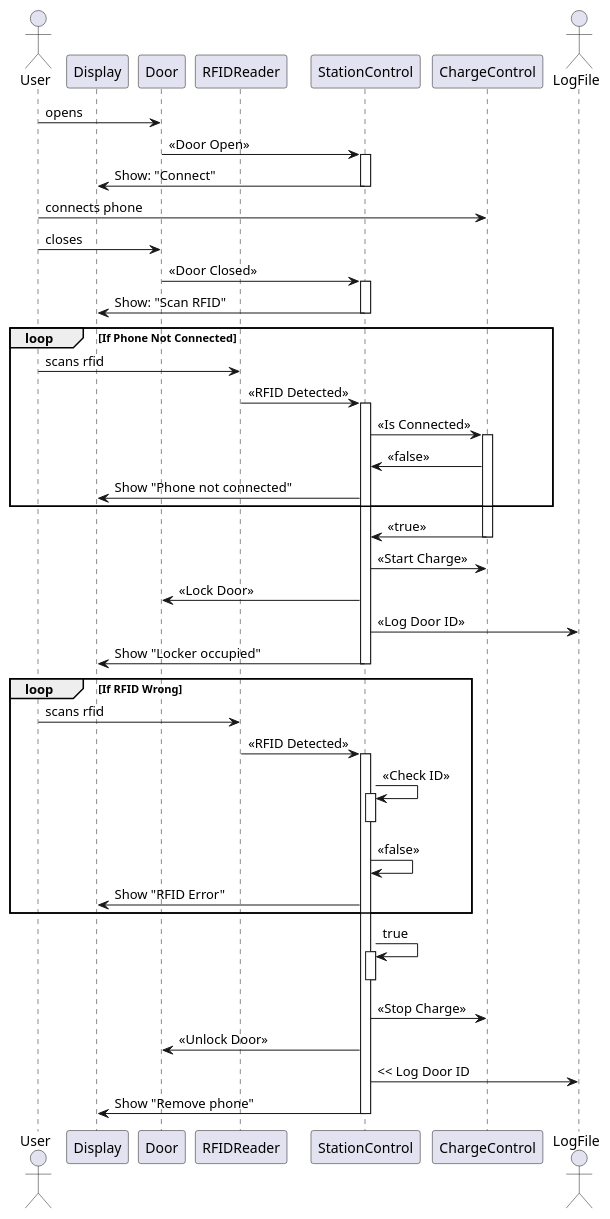
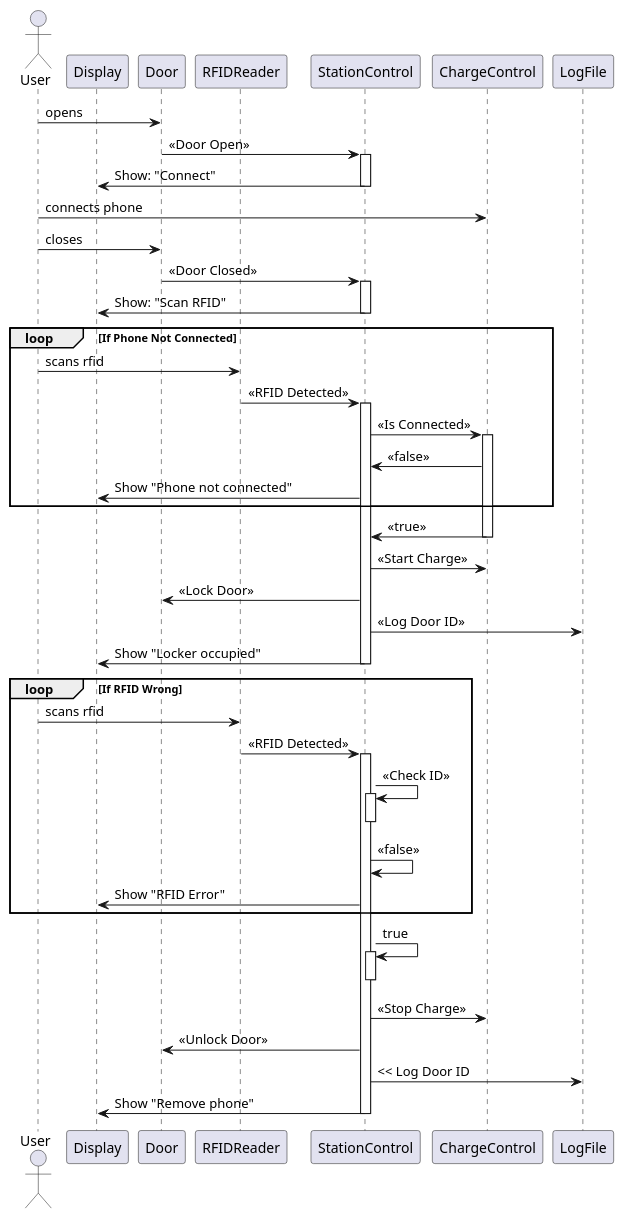
Before and after one commit to KunJakob/SWT-PhoneCharger: the diagram in SequenceDiagram.wsd, drawn with PlantUML.

Commit message:
Second iteration of sequence diagram

```diff
--- a/SequenceDiagram.wsd
+++ b/SequenceDiagram.wsd
@@ -1,90 +1,90 @@
 @startuml
 
 actor       User   
 participant Display 
 participant Door
 participant RFIDReader
 participant StationControl
 participant ChargeControl
-actor LogFile
+participant LogFile
 
 User -> Door : opens 
 
 Door -> StationControl : << Door Open >>
 activate StationControl
 
 StationControl -> Display : Show: "Connect"
 deactivate StationControl
 
 User -> ChargeControl : connects phone
 
 User -> Door : closes
 
 
 Door -> StationControl : << Door Closed >>
 activate StationControl
 
 StationControl -> Display : Show: "Scan RFID"
 deactivate StationControl
 
    loop If Phone Not Connected
 
     User -> RFIDReader : scans rfid
 
     RFIDReader -> StationControl : << RFID Detected >>
     activate StationControl
 
     StationControl -> ChargeControl : << Is Connected >>
     activate ChargeControl
 
     ChargeControl -> StationControl : << false >>
 
     StationControl -> Display : Show "Phone not connected"
 
     end
 
     ChargeControl -> StationControl : << true >>
     deactivate ChargeControl
 
     StationControl -> ChargeControl : << Start Charge >>
     
     StationControl -> Door : << Lock Door >>
 
     StationControl -> LogFile : << Log Door ID >>
 
     StationControl -> Display : Show "Locker occupied"
     deactivate StationControl
 
   loop If RFID Wrong    
 
     User -> RFIDReader : scans rfid
 
     RFIDReader -> StationControl : << RFID Detected >>
     activate StationControl
 
     
     StationControl -> StationControl : << Check ID >>
     activate StationControl
     
 
     deactivate StationControl
     StationControl -> StationControl : << false >>
 
     StationControl -> Display : Show "RFID Error"
    end
 
     StationControl -> StationControl : true
     activate StationControl
     
 
     deactivate StationControl
     StationControl -> ChargeControl : << Stop Charge >>
 
     StationControl -> Door : << Unlock Door >>
 
     StationControl -> LogFile : << Log Door ID
 
     StationControl -> Display : Show "Remove phone"
 
     deactivate StationControl
 @enduml
```
